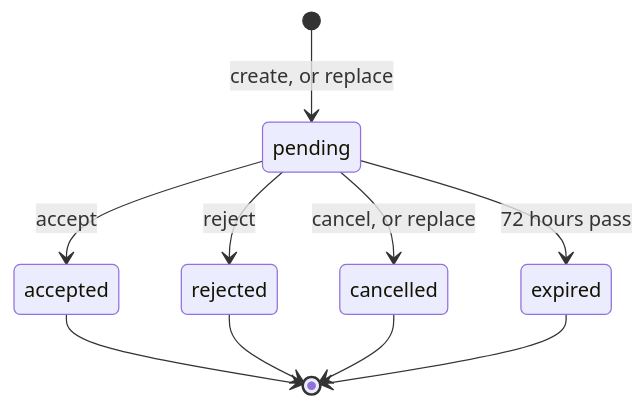
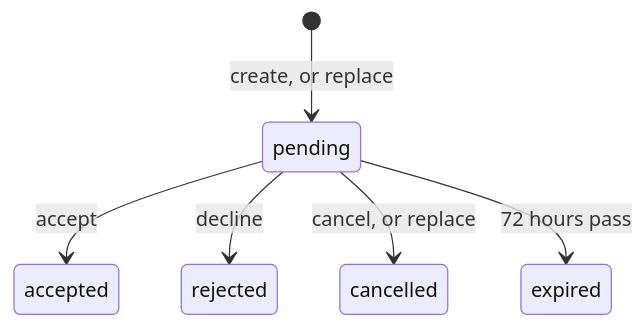
One commit to zitadel/nextgen changed the second of 2 diagrams in docs/adrs/086-invitations.md. Above: the diagram before and after it, drawn with Mermaid. The commit also changed other lines of this file and 1 other file, not shown here.

````diff
--- a/docs/adrs/086-invitations.md
+++ b/docs/adrs/086-invitations.md
@@ -344,12 +132,8 @@
 ```mermaid
 stateDiagram-v2
   [*] --> pending: create, or replace
   pending --> accepted: accept
-  pending --> rejected: reject
+  pending --> rejected: decline
   pending --> cancelled: cancel, or replace
   pending --> expired: 72 hours pass
-  accepted --> [*]
-  rejected --> [*]
-  cancelled --> [*]
-  expired --> [*]
 ```
````
